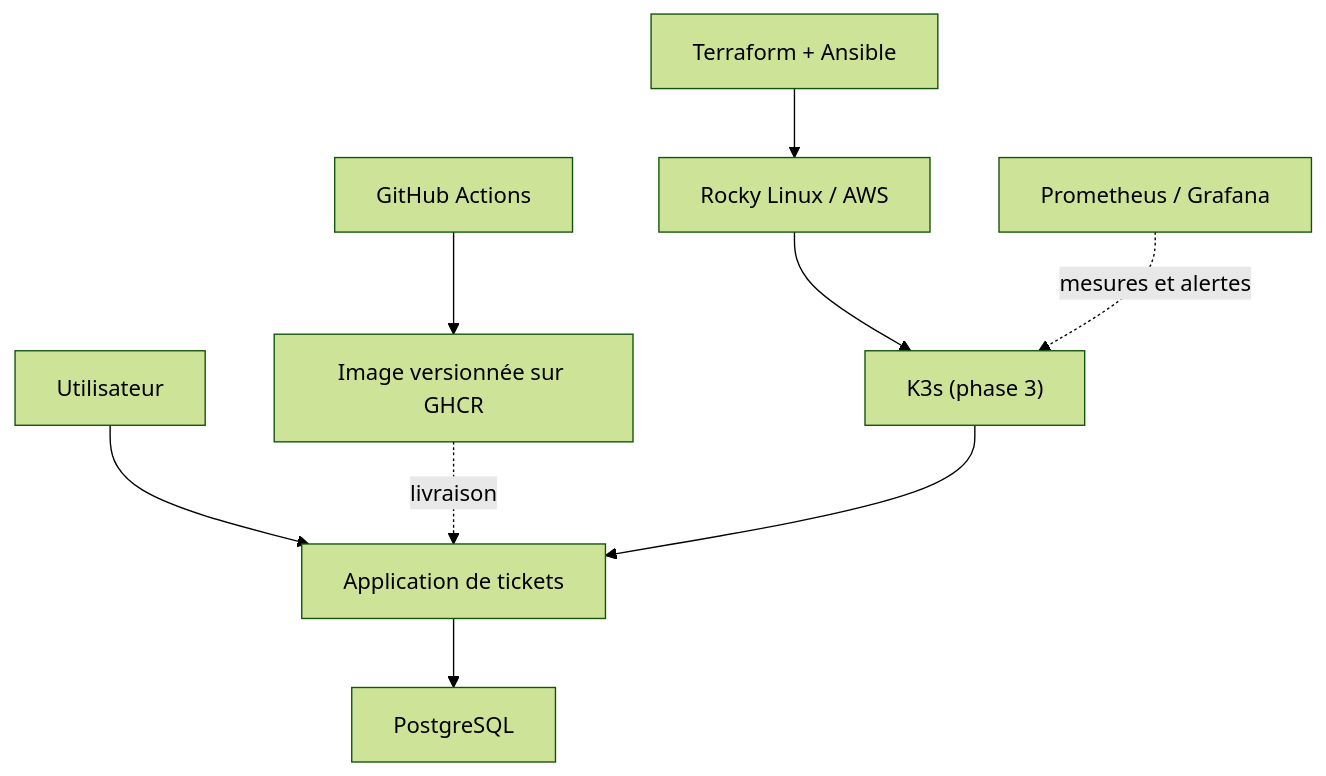
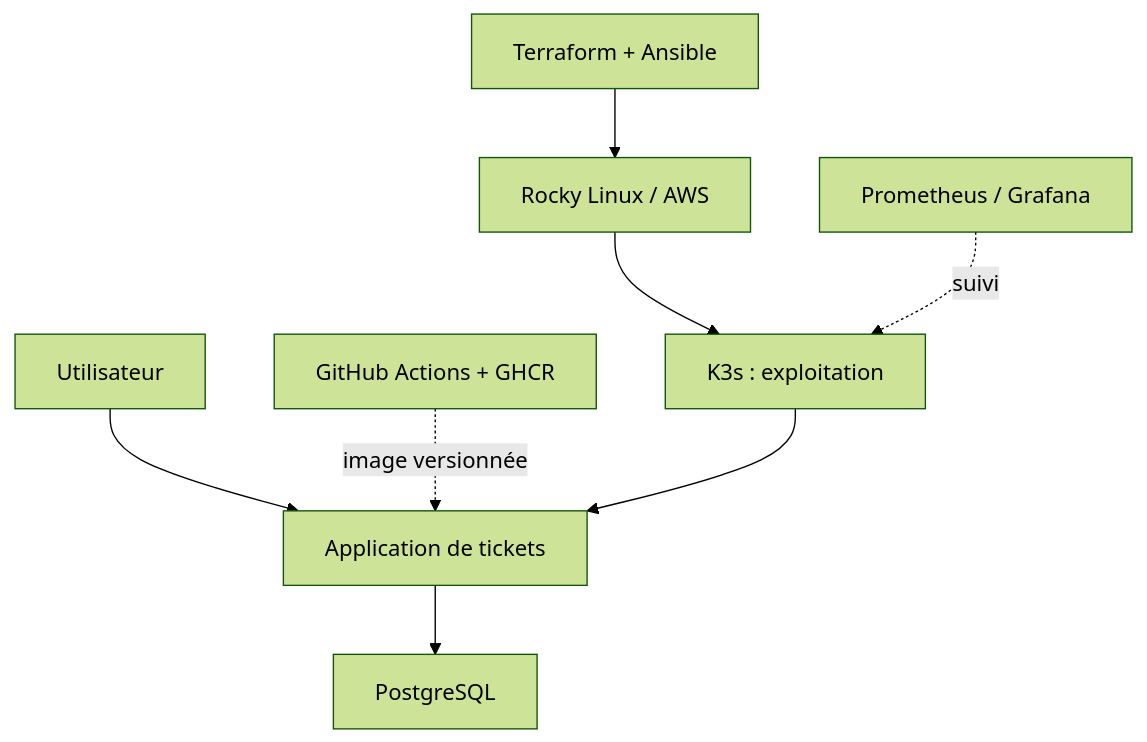
Before and after one commit to mathiasseguincadiche/OpsDesk: the diagram in README.md, drawn with Mermaid (forest theme). The commit also changed other lines of this file, not shown here.

````diff
--- a/README.md
+++ b/README.md
@@ -21,11 +23,10 @@
 ```mermaid
 flowchart TD
     User["Utilisateur"] --> App["Application de tickets"]
     App --> DB["PostgreSQL"]
-    CI["GitHub Actions"] --> Registry["Image versionnée sur GHCR"]
-    Registry -. "livraison" .-> App
+    CI["GitHub Actions + GHCR"] -. "image versionnée" .-> App
     IaC["Terraform + Ansible"] --> Host["Rocky Linux / AWS"]
-    Host --> K3s["K3s (phase 3)"]
+    Host --> K3s["K3s : exploitation"]
     K3s --> App
-    Metrics["Prometheus / Grafana"] -. "mesures et alertes" .-> K3s
+    Obs["Prometheus / Grafana"] -. "suivi" .-> K3s
 ```
````
